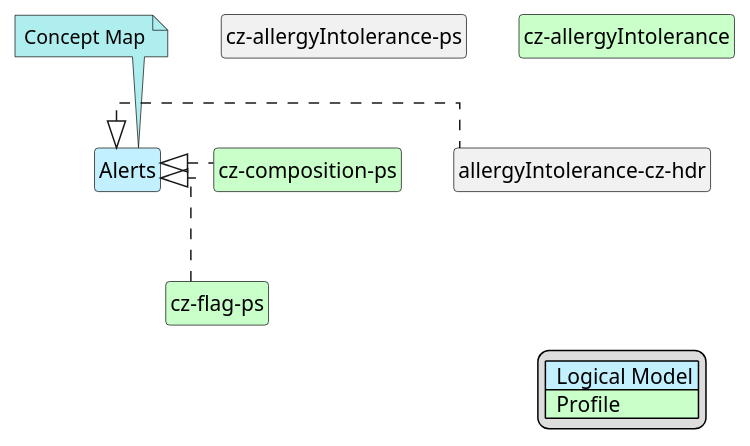
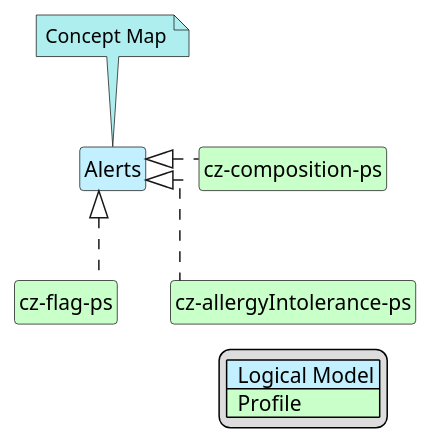
The diagram in input/images-source/PS_Alerts-map.plantuml (HL7-cz/ps), drawn with PlantUML before and after one commit. The commit also changed 1 other file, not shown here.

Commit message:
fix platuml schema

```diff
--- a/input/images-source/PS_Alerts-map.plantuml
+++ b/input/images-source/PS_Alerts-map.plantuml
@@ -1,27 +1,33 @@
 @startuml PS_Alerts-map
 hide circle
 hide stereotype
 hide members
 hide methods
 skinparam linetype ortho
 skinparam class {
 BackgroundColor<<LogicalModel>> #APPLICATION
 BackgroundColor<<Profile>> #TECHNOLOGY
 }
 legend right
 | <#APPLICATION>  Logical Model |
 | <#TECHNOLOGY>  Profile |
 endlegend
 class "Alerts" <<LogicalModel>> [[StructureDefinition-LogAlertsCz.html]]
 note top #PaleTurquoise [[ConceptMap-alerts2FHIR-cz-ps.html]]
 Concept Map
 endnote
-class "cz-allergyIntolerance" <<Profile>> [[StructureDefinition-cz-allergyIntolerance-ps.html]]
-"Alerts" <|. "allergyIntolerance-cz-hdr"
-class "cz-composition-ps" <<Profile>> [[StructureDefinition-cz-composition-hdr.html]]
+' --- Profiles mapping Alerts ---
+class "cz-composition-ps" <<Profile>> [[StructureDefinition-cz-composition-ps.html]]
+class "cz-allergyIntolerance-ps" <<Profile>> [[StructureDefinition-cz-allergyIntolerance-ps.html]]
+class "cz-flag-ps" <<Profile>> [[StructureDefinition-cz-flag-ps.html]]
+
+' --- Realization links ---
 "Alerts" <|. "cz-composition-ps"
+"Alerts" <|. "cz-allergyIntolerance-ps"
+"Alerts" <|. "cz-flag-ps"
+
+' ' (volitelné – skryté vazby jen pro rozložení v diagramu)
 "cz-allergyIntolerance-ps" -d[hidden]-> "cz-composition-ps"
-class "cz-flag-ps" <<Profile>> [[StructureDefinition-cz-flag-ps.html]]
-"Alerts" <|. "cz-flag-ps"
+"cz-composition-ps" -d[hidden]-> "cz-allergyIntolerance-ps"
 "cz-composition-ps" -d[hidden]-> "cz-flag-ps"
 @enduml
```
